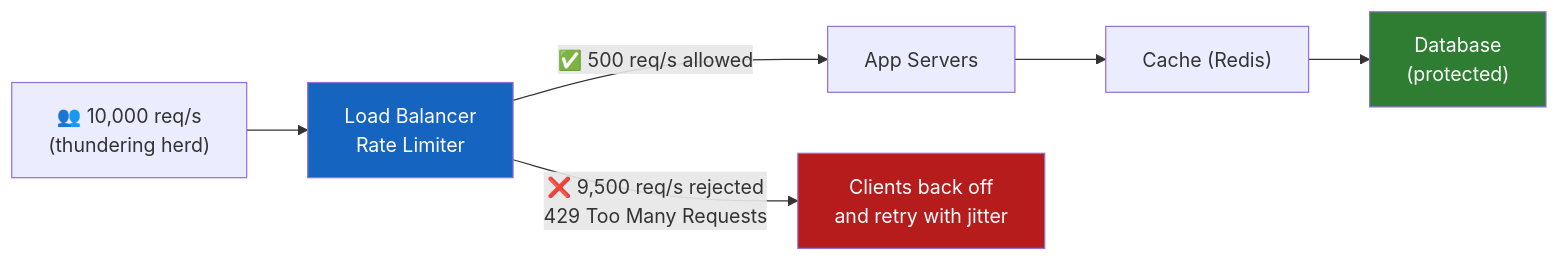
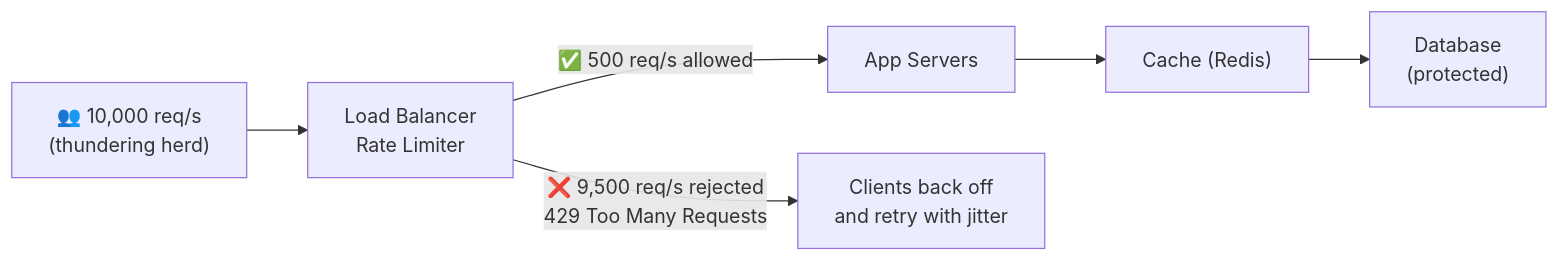
The seventh of 9 diagrams in src/content/blog/thundering-herd.md (g-savitha/gsavitha.in), drawn with Mermaid before and after one commit. The commit also changed other lines of this file and 6 other files, not shown here.

First line of the commit message:
Theme every Mermaid diagram from one shared palette

````diff
--- a/src/content/blog/thundering-herd.md
+++ b/src/content/blog/thundering-herd.md
@@ -375,12 +375,12 @@
 ```mermaid
 flowchart LR
     Users["👥 10,000 req/s\n(thundering herd)"] --> LB["Load Balancer\nRate Limiter"]
     LB -->|"✅ 500 req/s allowed"| App["App Servers"]
     LB -->|"❌ 9,500 req/s rejected\n429 Too Many Requests"| Drop["Clients back off\nand retry with jitter"]
     App --> Cache["Cache (Redis)"]
     Cache --> DB["Database\n(protected)"]
 
-    style LB fill:#1565c0,color:#fff
-    style Drop fill:#b71c1c,color:#fff
-    style DB fill:#2e7d32,color:#fff
+    class LB primary
+    class Drop danger
+    class DB success
 ```
````
